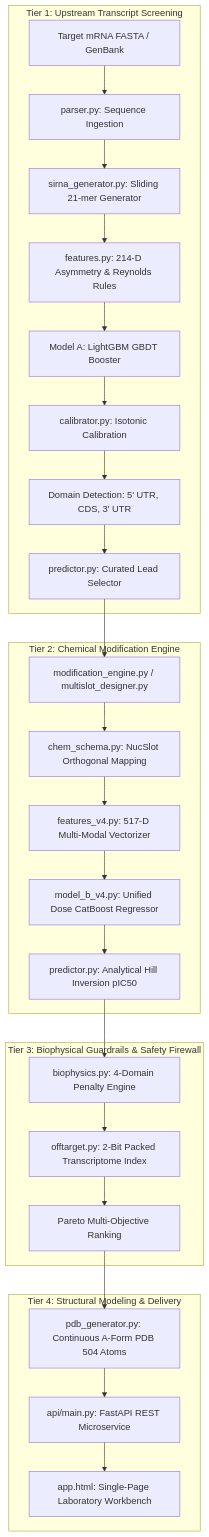
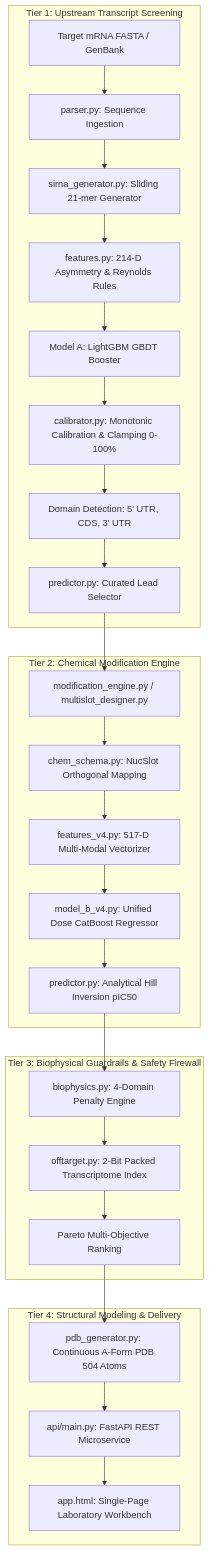
The diagram in docs/04_SYSTEM_ARCHITECTURE.md (nitinjadhav888/Helixzerocms-CDAC), drawn with Mermaid before and after one commit. The commit also changed other lines of this file and 299 other files, not shown here.

Commit message:
feat: combinatorial beam search positional coverage, chemical tiers, calibration clamping, and documentation alignment

````diff
--- a/docs/04_SYSTEM_ARCHITECTURE.md
+++ b/docs/04_SYSTEM_ARCHITECTURE.md
@@ -21,32 +21,32 @@
 ```mermaid
 flowchart TD
     subgraph Tier1["Tier 1: Upstream Transcript Screening"]
         FASTA[Target mRNA FASTA / GenBank] --> Parser[parser.py: Sequence Ingestion]
         Parser --> Gen[sirna_generator.py: Sliding 21-mer Generator]
         Gen --> FeatA[features.py: 214-D Asymmetry & Reynolds Rules]
         FeatA --> ModelA[Model A: LightGBM GBDT Booster]
-        ModelA --> CalibA[calibrator.py: Isotonic Calibration]
+        ModelA --> CalibA[calibrator.py: Monotonic Calibration & Clamping 0-100%]
         CalibA --> Domain[Domain Detection: 5' UTR, CDS, 3' UTR]
         Domain --> LeadSel[predictor.py: Curated Lead Selector]
     end
 
     subgraph Tier2["Tier 2: Chemical Modification Engine"]
         LeadSel --> ModGen[modification_engine.py / multislot_designer.py]
         ModGen --> Schema[chem_schema.py: NucSlot Orthogonal Mapping]
         Schema --> FeatB[features_v4.py: 517-D Multi-Modal Vectorizer]
         FeatB --> CatBoost[model_b_v4.py: Unified Dose CatBoost Regressor]
         CatBoost --> Hill[predictor.py: Analytical Hill Inversion pIC50]
     end
 
     subgraph Tier3["Tier 3: Biophysical Guardrails & Safety Firewall"]
         Hill --> Guardrails[biophysics.py: 4-Domain Penalty Engine]
         Guardrails --> Firewall[offtarget.py: 2-Bit Packed Transcriptome Index]
         Firewall --> Pareto[Pareto Multi-Objective Ranking]
     end
 
     subgraph Tier4["Tier 4: Structural Modeling & Delivery"]
         Pareto --> PDB[pdb_generator.py: Continuous A-Form PDB 504 Atoms]
         PDB --> API[api/main.py: FastAPI REST Microservice]
         API --> UI[app.html: Single-Page Laboratory Workbench]
     end
 ```
````
